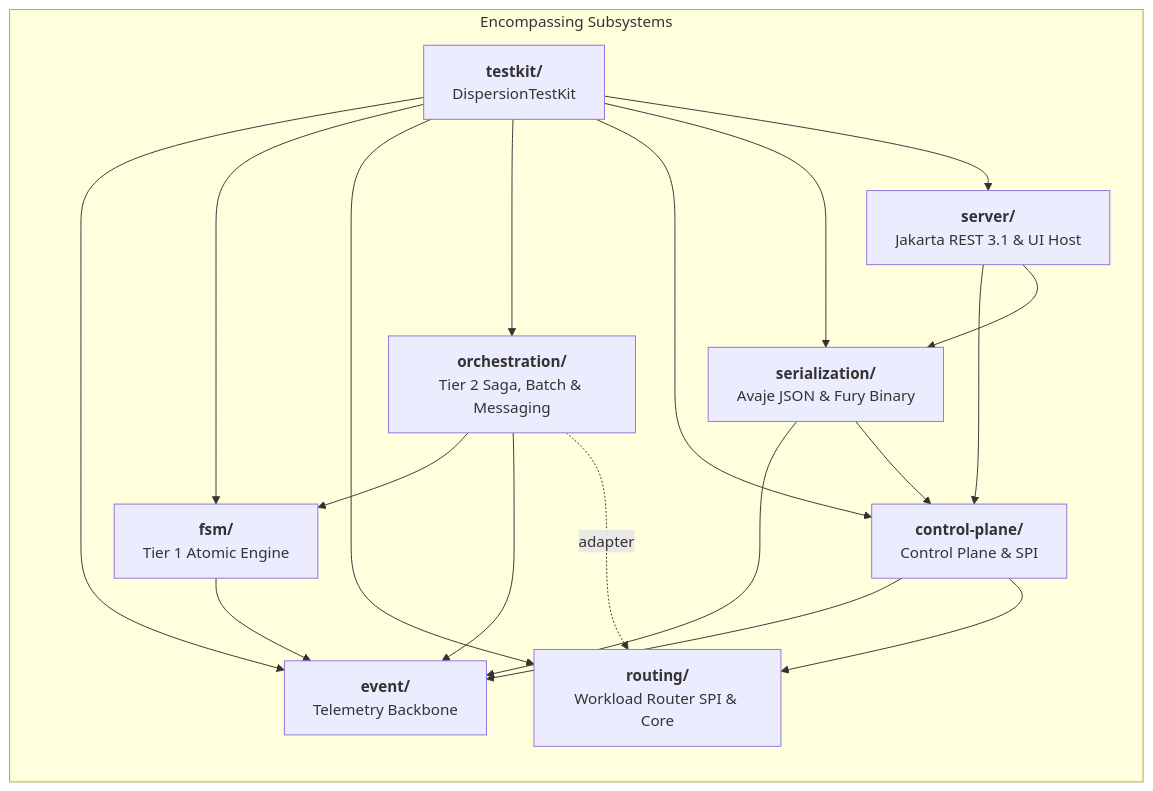
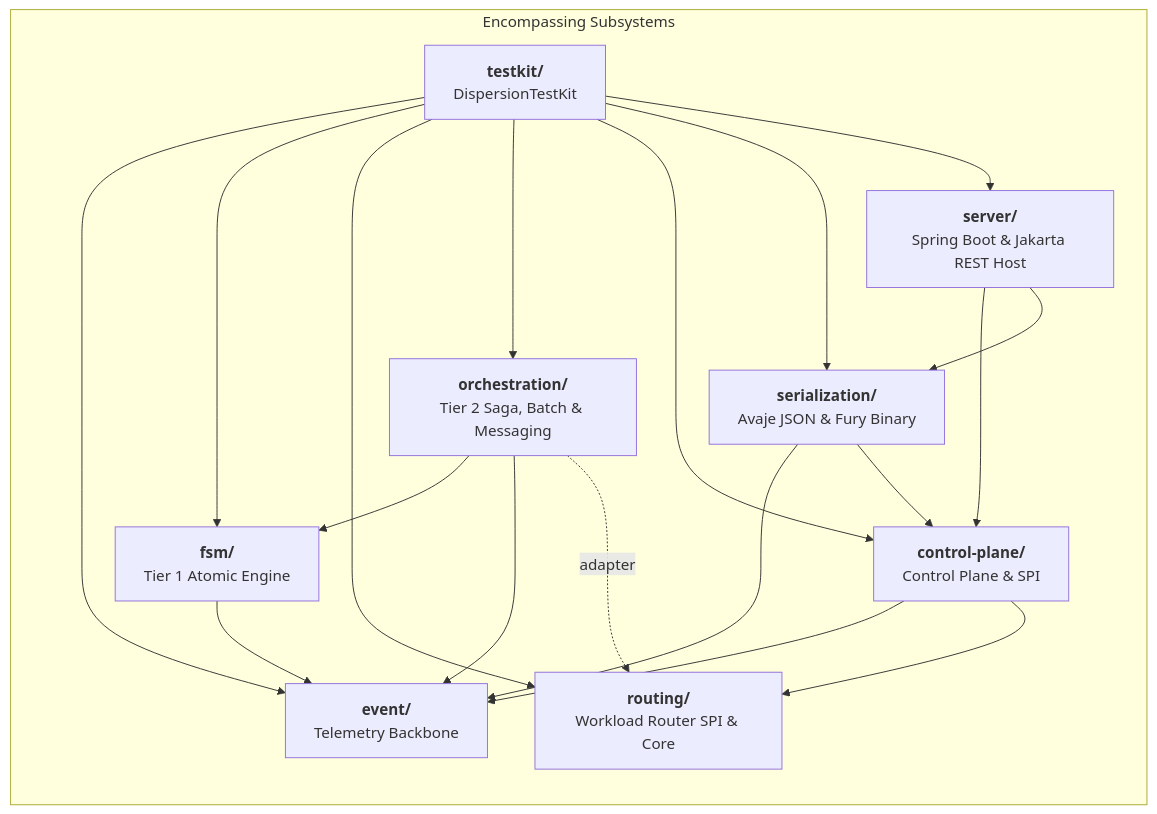
One commit to f442y/dispersion changed the second of 2 diagrams in README.md. Above: the diagram before and after it, drawn with Mermaid. The commit also changed other lines of this file and 29 other files, not shown here.

````diff
--- a/README.md
+++ b/README.md
@@ -391,21 +391,21 @@
 ```mermaid
 graph LR
     subgraph Subsystems["Encompassing Subsystems"]
         E["<b>event/</b><br/>Telemetry Backbone"]
         F["<b>fsm/</b><br/>Tier 1 Atomic Engine"]
         R["<b>routing/</b><br/>Workload Router SPI & Core"]
         O["<b>orchestration/</b><br/>Tier 2 Saga, Batch & Messaging"]
         C["<b>control-plane/</b><br/>Control Plane & SPI"]
         S["<b>serialization/</b><br/>Avaje JSON & Fury Binary"]
-        SRV["<b>server/</b><br/>Jakarta REST 3.1 & UI Host"]
+        SRV["<b>server/</b><br/>Spring Boot & Jakarta REST Host"]
         T["<b>testkit/</b><br/>DispersionTestKit"]
     end
 
     F --> E
     O --> F & E
     O -.->|adapter| R
     C --> E & R
     S --> E & C
     SRV --> C & S
     T --> E & F & R & O & C & S & SRV
 ```
````
